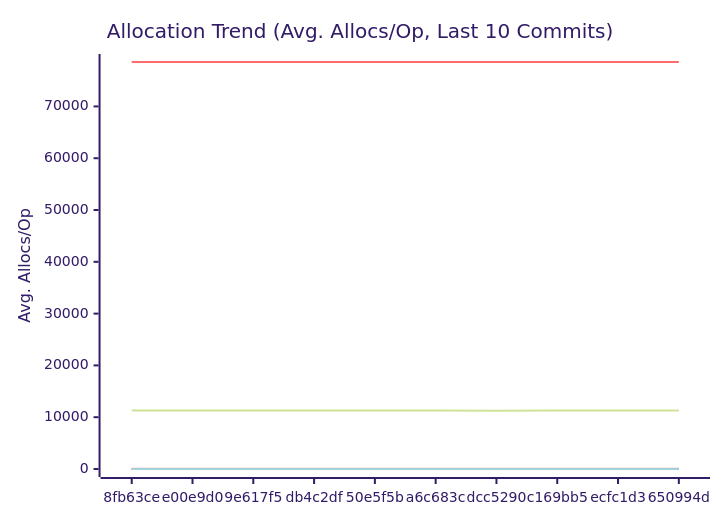
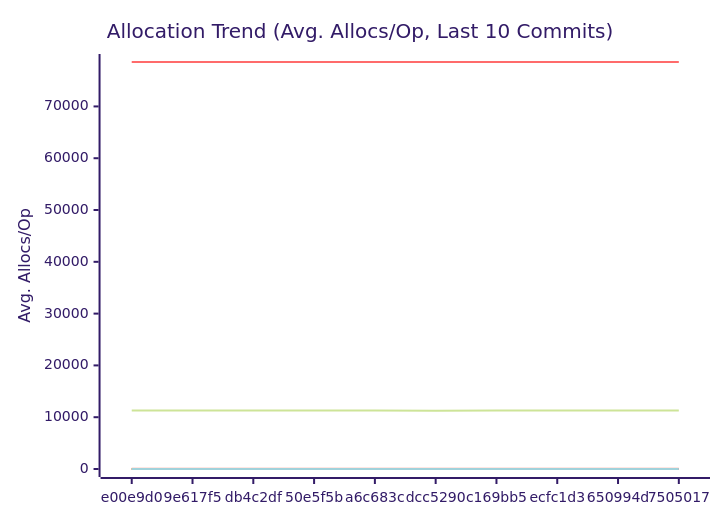
One commit to alsotoes/momo changed the third of 3 diagrams in docs/PERFORMANCE.md. Above: the diagram before and after it, drawn with Mermaid (forest theme). The commit also changed other lines of this file and 5 other files, not shown here.

````diff
--- a/docs/PERFORMANCE.md
+++ b/docs/PERFORMANCE.md
@@ -197,20 +197,20 @@
 ```mermaid
 xychart-beta
     title "Allocation Trend (Avg. Allocs/Op, Last 10 Commits)"
     x-axis "Commit"
     y-axis "Avg. Allocs/Op"
-    x-axis [8fb63ce,e00e9d0,9e617f5,db4c2df,50e5f5b,a6c683c,dcc5290,c169bb5,ecfc1d3,650994d]
-    line "AWSChunkedReaderSigned" [11274,11274,11275,11292,11274,11284,11270,11276,11273,11274]
-    line "AWSChunkedReaderUnsigned" [78563,78570,78558,78578,78566,78561,78559,78564,78563,78571]
+    x-axis [e00e9d0,9e617f5,db4c2df,50e5f5b,a6c683c,dcc5290,c169bb5,ecfc1d3,650994d,7505017]
+    line "AWSChunkedReaderSigned" [11274,11275,11292,11274,11284,11270,11276,11273,11274,11278]
+    line "AWSChunkedReaderUnsigned" [78570,78558,78578,78566,78561,78559,78564,78563,78571,78563]
     line "CheckMetricsAndSwap" [0,0,0,0,0,0,0,0,0,0]
     line "CrushOptimized" [0,0,0,0,0,0,0,0,0,0]
     line "CrushOriginal" [3,3,3,3,3,3,3,3,3,3]
     line "IndexDirectTracking" [0,0,0,0,0,0,0,0,0,0]
     line "IndexSearch" [0,0,0,0,0,0,0,0,0,0]
     line "LoadGlobalConfig" [54,54,54,54,54,54,54,54,54,54]
     line "PadString" [1,1,1,1,1,1,1,1,1,1]
     line "ParseReplicationOrder_NoPrealloc" [6,6,6,6,6,5,5,5,5,5]
     line "ParseReplicationOrder_Prealloc" [2,2,2,2,2,1,1,1,1,1]
     line "SanitizeLog/Safe" [0,0,0,0,0,0,0,0,0,0]
     line "SanitizeLog/Unsafe" [1,1,1,1,1,1,1,1,1,1]
 ```
````
